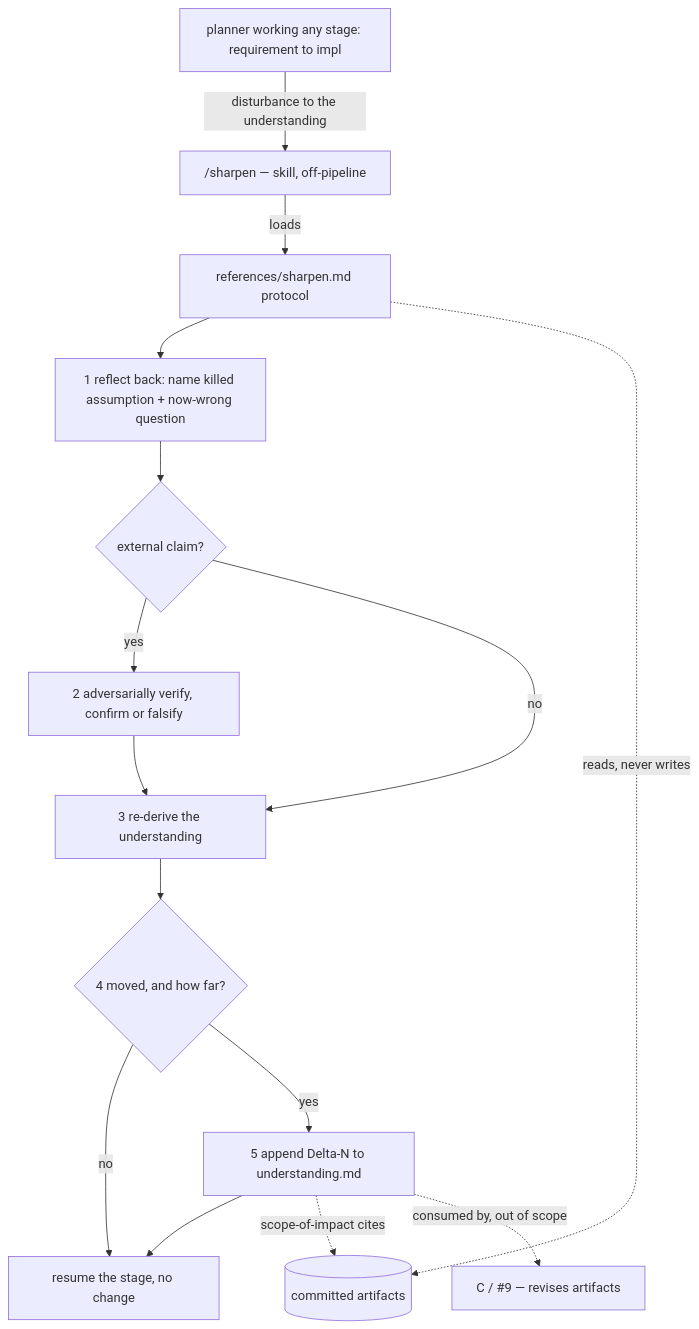
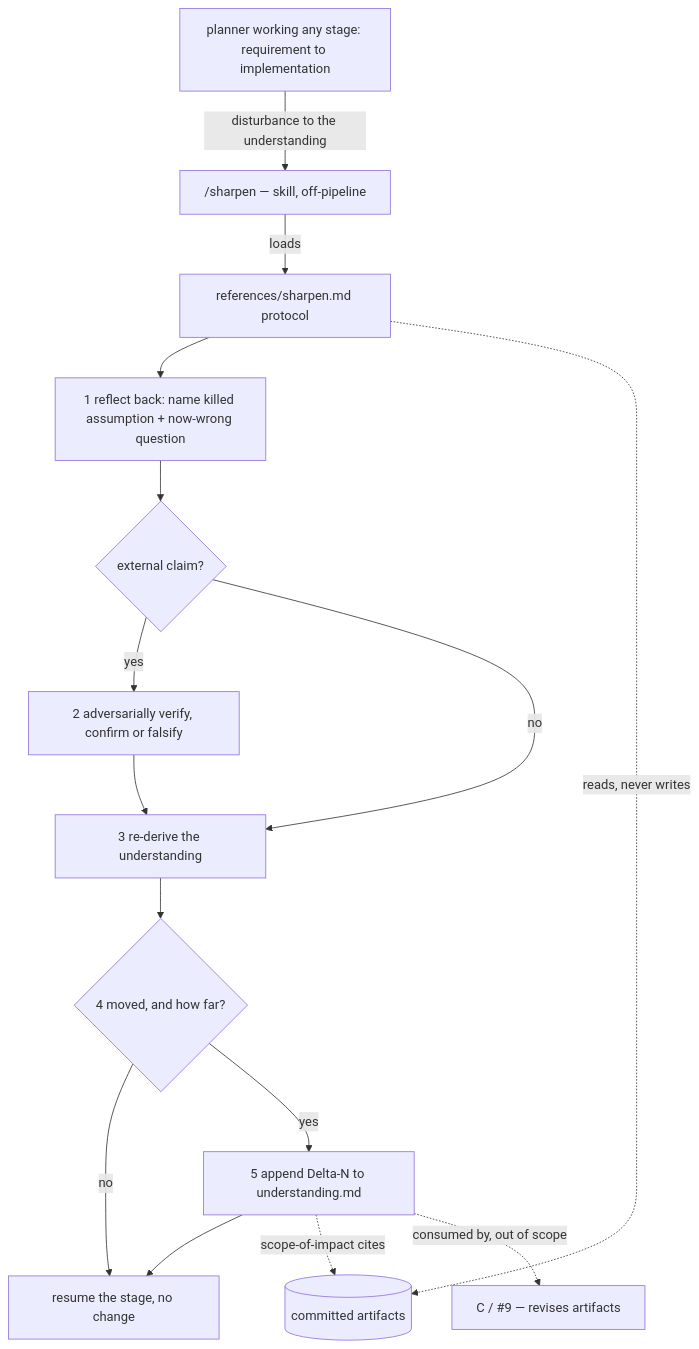
One commit to mynghn/leanplan changed the diagram in docs/features/260620-understanding-sharpening/design.md. Above: the diagram before and after it, drawn with Mermaid. The commit also changed other lines of this file and 35 other files, not shown here.

````diff
--- a/docs/features/260620-understanding-sharpening/design.md
+++ b/docs/features/260620-understanding-sharpening/design.md
@@ -7,17 +7,17 @@
 ```mermaid
 flowchart TB
-    P[planner working any stage: requirement to impl] -->|disturbance to the understanding| SH["/sharpen — skill, off-pipeline"]
+    P[planner working any stage: requirement to implementation] -->|disturbance to the understanding| SH["/sharpen — skill, off-pipeline"]
     SH -->|loads| PR[references/sharpen.md protocol]
     PR --> RB[1 reflect back: name killed assumption + now-wrong question]
     RB --> CK{external claim?}
     CK -->|yes| VF[2 adversarially verify, confirm or falsify]
     CK -->|no| RD[3 re-derive the understanding]
     VF --> RD
     RD --> SC{4 moved, and how far?}
     SC -->|no| RES[resume the stage, no change]
     SC -->|yes| DL[5 append Delta-N to understanding.md]
     DL --> RES
     PR -. reads, never writes .-> ART[(committed artifacts)]
     DL -. scope-of-impact cites .-> ART
     DL -. consumed by, out of scope .-> CC[C / #9 — revises artifacts]
 ```
````
